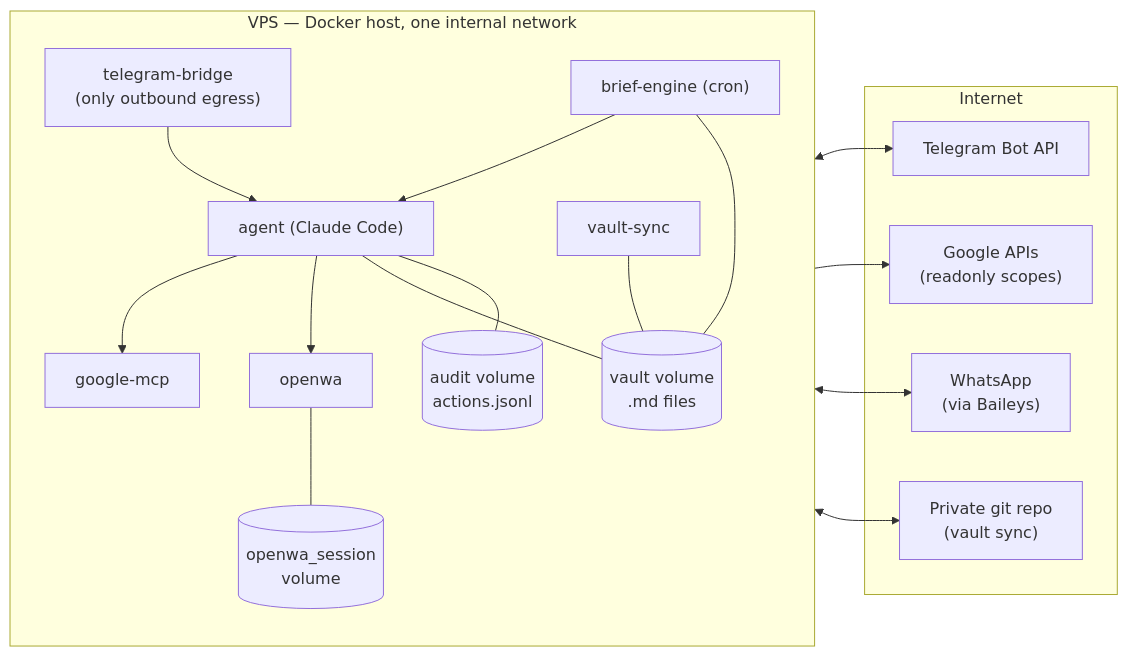
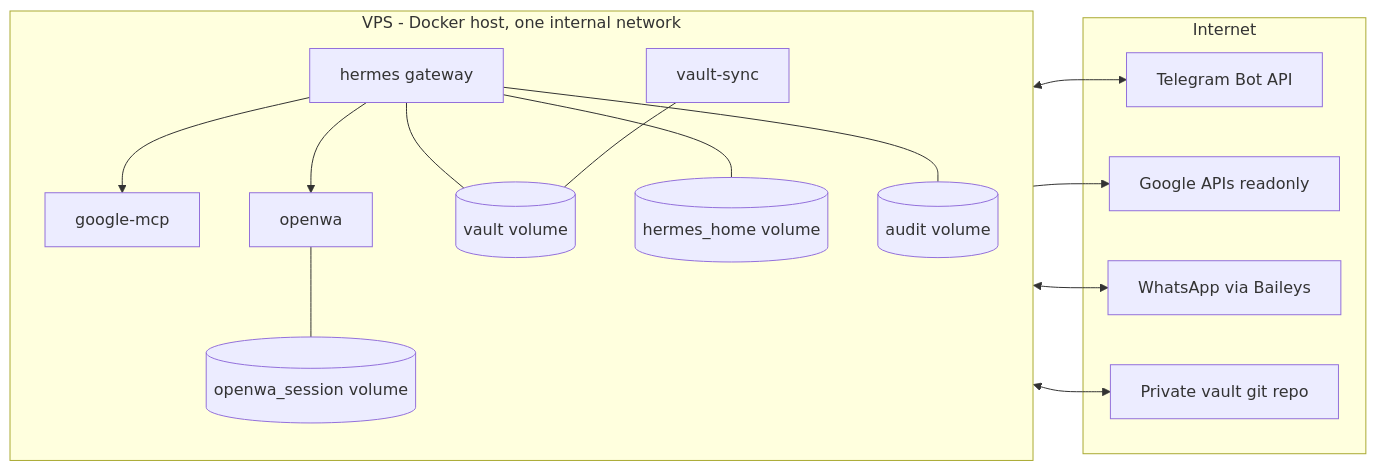
Before and after one commit to suporterfid/bip-sidekick: the first of 3 diagrams in docs/ARCHITECTURE.md, drawn with Mermaid. The commit also changed other lines of this file and 25 other files, not shown here.

````diff
--- a/docs/ARCHITECTURE.md
+++ b/docs/ARCHITECTURE.md
@@ -5,37 +5,34 @@
 ```mermaid
 flowchart LR
     subgraph internet["Internet"]
         TGAPI["Telegram Bot API"]
-        GOOG["Google APIs<br/>(readonly scopes)"]
-        WA["WhatsApp<br/>(via Baileys)"]
-        GHREPO["Private git repo<br/>(vault sync)"]
+        GOOG["Google APIs readonly"]
+        WA["WhatsApp via Baileys"]
+        GHREPO["Private vault git repo"]
     end
 
-    subgraph host["VPS — Docker host, one internal network"]
+    subgraph host["VPS - Docker host, one internal network"]
         direction TB
-        BR["telegram-bridge<br/>(only outbound egress)"]
-        AG["agent (Claude Code)"]
-        BE["brief-engine (cron)"]
+        H["hermes gateway"]
         GM["google-mcp"]
         OW["openwa"]
         VS["vault-sync"]
-        V[("vault volume<br/>.md files")]
-        AU[("audit volume<br/>actions.jsonl")]
-        SESS[("openwa_session<br/>volume")]
+        V[("vault volume")]
+        HH[("hermes_home volume")]
+        AU[("audit volume")]
+        SESS[("openwa_session volume")]
     end
 
-    BR <--> TGAPI
+    H <--> TGAPI
     GM --> GOOG
     OW <--> WA
     VS <--> GHREPO
 
-    BR --> AG
-    BE --> AG
-    AG --> GM
-    AG --> OW
-    AG --- V
-    AG --- AU
-    BE --- V
+    H --> GM
+    H --> OW
+    H --- V
+    H --- HH
+    H --- AU
     VS --- V
     OW --- SESS
 ```
````
